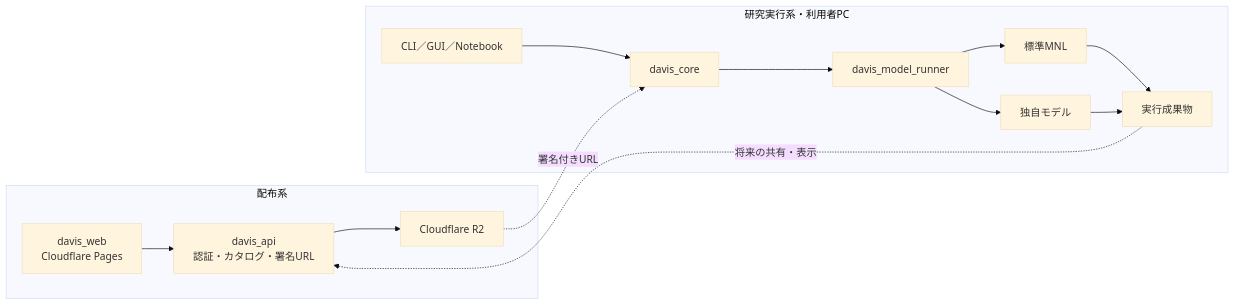
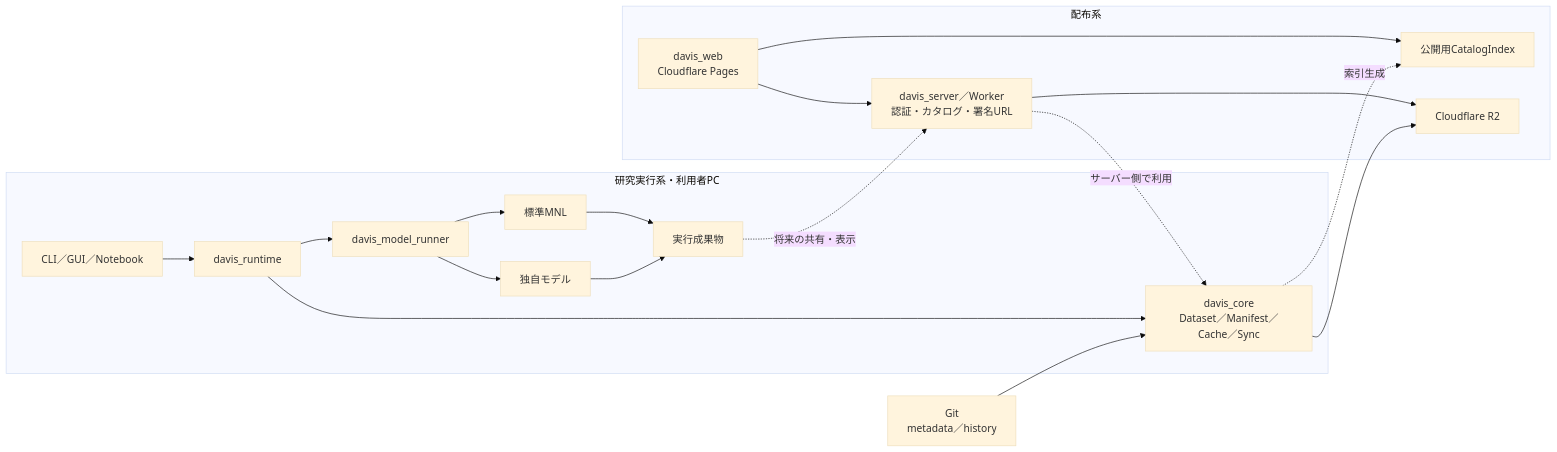
One commit to bin-utokyo/davis changed the second of 2 diagrams in docs/davis-platform-concept.md. Above: the diagram before and after it, drawn with Mermaid (base theme). The commit also changed other lines of this file, not shown here.

````diff
--- a/docs/davis-platform-concept.md
+++ b/docs/davis-platform-concept.md
@@ -249,24 +273,31 @@
 ```mermaid
 flowchart LR
     subgraph Cloud["配布系"]
         Web["davis_web<br/>Cloudflare Pages"]
-        API["davis_api<br/>認証・カタログ・署名URL"]
+        API["davis_server／Worker<br/>認証・カタログ・署名URL"]
+        Index["公開用CatalogIndex"]
         R2["Cloudflare R2"]
+        Web --> Index
         Web --> API --> R2
     end
 
     subgraph Local["研究実行系・利用者PC"]
         Clients["CLI／GUI／Notebook"]
-        Core["davis_core"]
+        Runtime["davis_runtime"]
+        Core["davis_core<br/>Dataset／Manifest／Cache／Sync"]
         Runner["davis_model_runner"]
         ModelA["標準MNL"]
         ModelB["独自モデル"]
         Artifacts["実行成果物"]
-        Clients --> Core --> Runner
+        Clients --> Runtime --> Runner
+        Runtime --> Core
         Runner --> ModelA --> Artifacts
         Runner --> ModelB --> Artifacts
     end
 
-    R2 -. "署名付きURL" .-> Core
+    Git["Git<br/>metadata／history"] --> Core
+    Core --> R2
+    Core -. "索引生成" .-> Index
+    API -. "サーバー側で利用" .-> Core
     Artifacts -. "将来の共有・表示" .-> API
 ```
````
